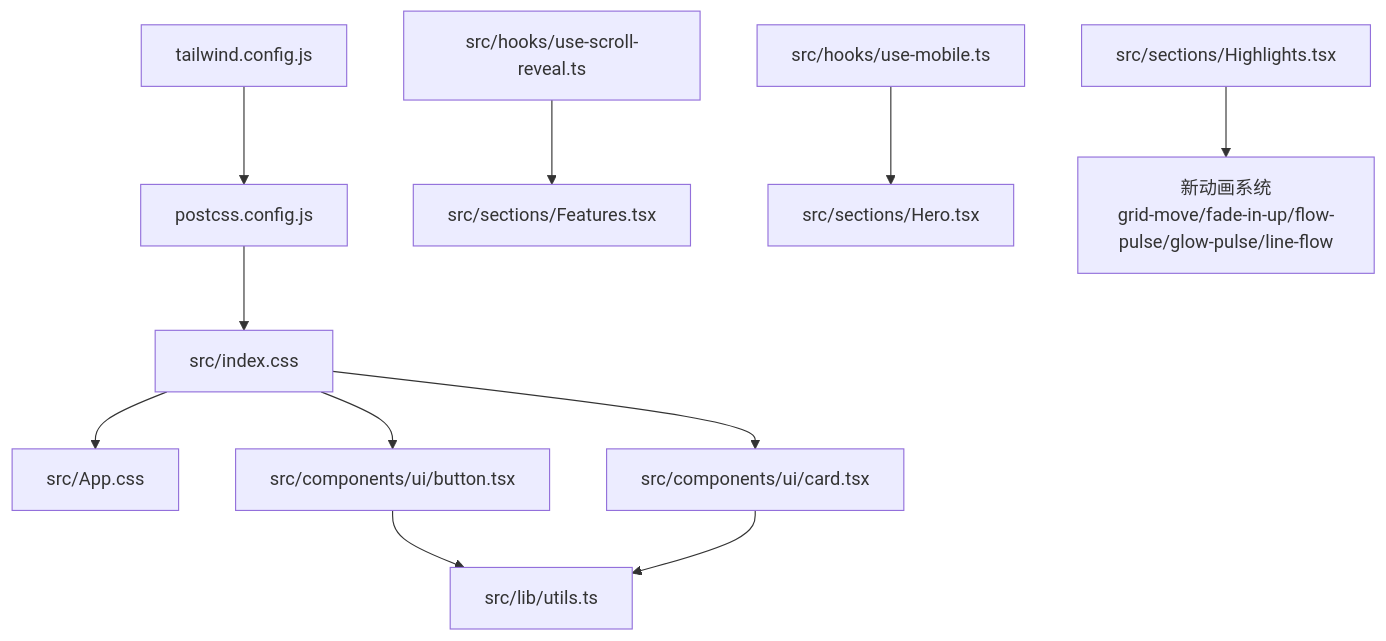
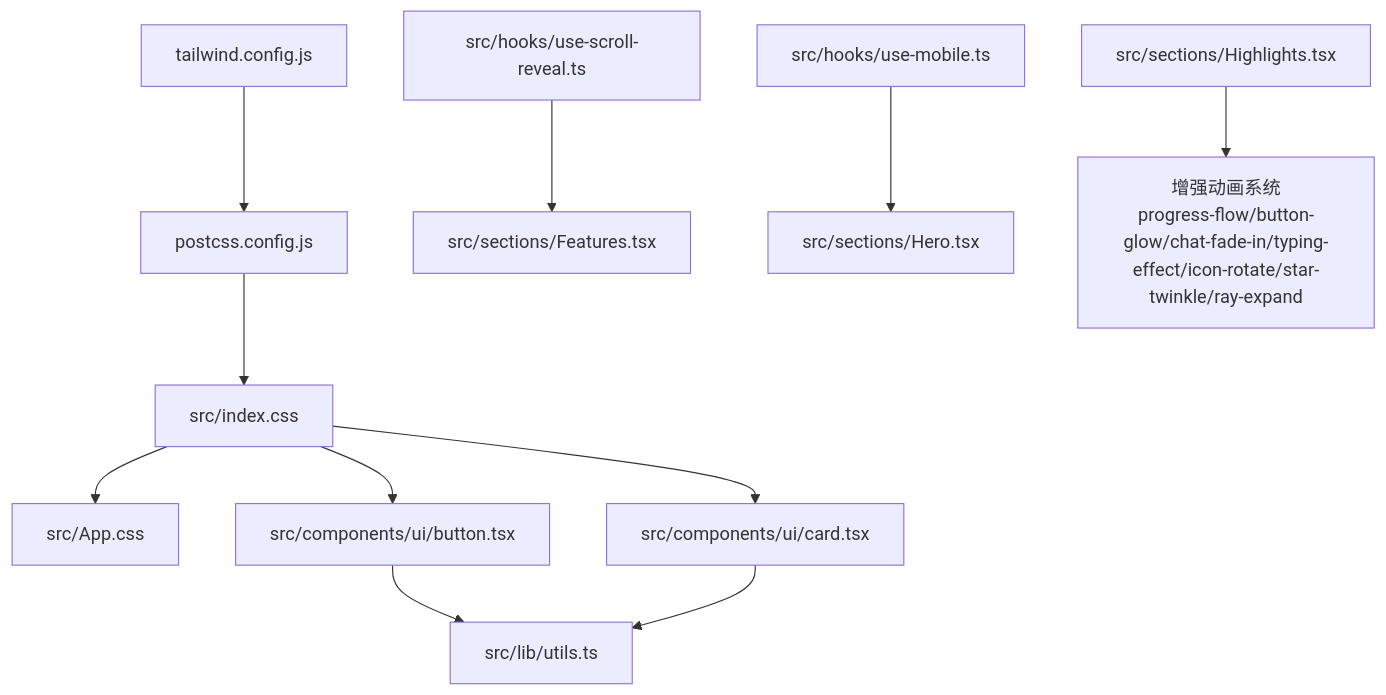
The first of 4 diagrams in .qoder/repowiki/zh/content/样式系统.md (Primoguo/naolizhi.cn), drawn with Mermaid before and after one commit. The commit also changed other lines of this file and 23 other files, not shown here.

````diff
--- a/.qoder/repowiki/zh/content/样式系统.md
+++ b/.qoder/repowiki/zh/content/样式系统.md
@@ -62,13 +62,13 @@
 ```mermaid
 graph TB
 A["tailwind.config.js"] --> B["postcss.config.js"]
 B --> C["src/index.css"]
 C --> D["src/App.css"]
 C --> E["src/components/ui/button.tsx"]
 C --> F["src/components/ui/card.tsx"]
 E --> G["src/lib/utils.ts"]
 F --> G
 H["src/hooks/use-scroll-reveal.ts"] --> I["src/sections/Features.tsx"]
 J["src/hooks/use-mobile.ts"] --> K["src/sections/Hero.tsx"]
-L["src/sections/Highlights.tsx"] --> M["新动画系统<br/>grid-move/fade-in-up/flow-pulse/glow-pulse/line-flow"]
+L["src/sections/Highlights.tsx"] --> M["增强动画系统<br/>progress-flow/button-glow/chat-fade-in/typing-effect/icon-rotate/star-twinkle/ray-expand"]
 ```
````
